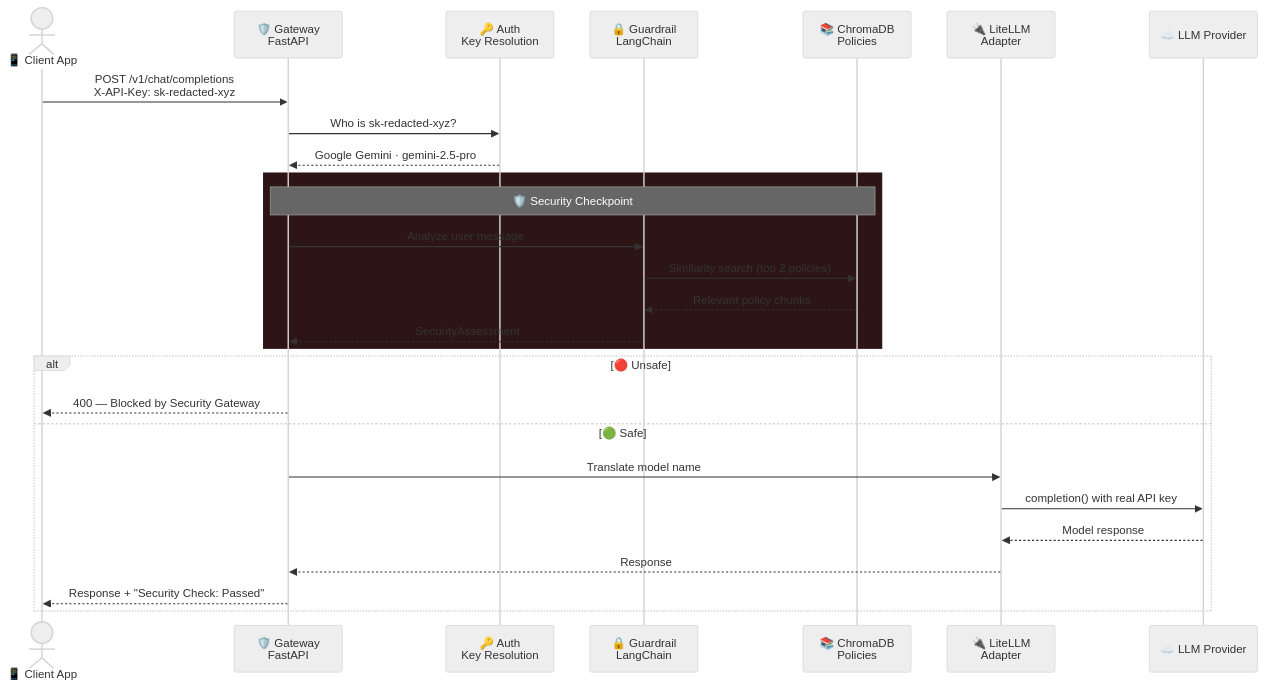
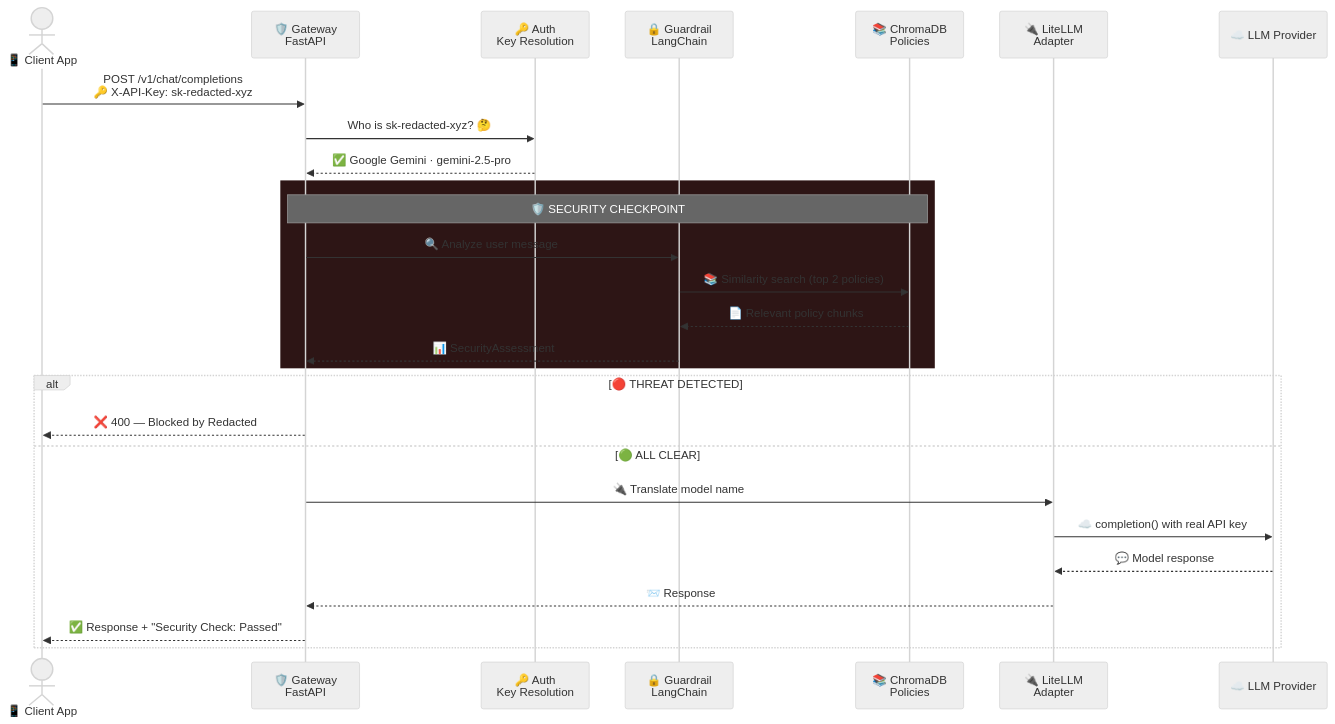
The third of 6 diagrams in README.md (lidorpahima/Redacted), drawn with Mermaid (neutral theme) before and after one commit. The commit also changed other lines of this file, not shown here.

````diff
--- a/README.md
+++ b/README.md
@@ -103,32 +151,32 @@
 ```mermaid
 sequenceDiagram
     actor Client as 📱 Client App
     participant GW as 🛡️ Gateway<br/>FastAPI
     participant Auth as 🔑 Auth<br/>Key Resolution
     participant Guard as 🔒 Guardrail<br/>LangChain
     participant Chroma as 📚 ChromaDB<br/>Policies
     participant Adapt as 🔌 LiteLLM<br/>Adapter
     participant LLM as ☁️ LLM Provider
 
-    Client->>GW: POST /v1/chat/completions<br/>X-API-Key: sk-redacted-xyz
-    GW->>Auth: Who is sk-redacted-xyz?
-    Auth-->>GW: Google Gemini · gemini-2.5-pro
+    Client->>GW: POST /v1/chat/completions<br/>🔑 X-API-Key: sk-redacted-xyz
+    GW->>Auth: Who is sk-redacted-xyz? 🤔
+    Auth-->>GW: ✅ Google Gemini · gemini-2.5-pro
 
     rect rgb(45, 21, 21)
-        Note over GW,Chroma: 🛡️ Security Checkpoint
-        GW->>Guard: Analyze user message
-        Guard->>Chroma: Similarity search (top 2 policies)
-        Chroma-->>Guard: Relevant policy chunks
-        Guard-->>GW: SecurityAssessment
+        Note over GW,Chroma: 🛡️ SECURITY CHECKPOINT
+        GW->>Guard: 🔍 Analyze user message
+        Guard->>Chroma: 📚 Similarity search (top 2 policies)
+        Chroma-->>Guard: 📄 Relevant policy chunks
+        Guard-->>GW: 📊 SecurityAssessment
     end
 
-    alt 🔴 Unsafe
-        GW-->>Client: 400 — Blocked by Security Gateway
-    else 🟢 Safe
-        GW->>Adapt: Translate model name
-        Adapt->>LLM: completion() with real API key
-        LLM-->>Adapt: Model response
-        Adapt-->>GW: Response
-        GW-->>Client: Response + "Security Check: Passed"
+    alt 🔴 THREAT DETECTED
+        GW-->>Client: ❌ 400 — Blocked by Redacted
+    else 🟢 ALL CLEAR
+        GW->>Adapt: 🔌 Translate model name
+        Adapt->>LLM: ☁️ completion() with real API key
+        LLM-->>Adapt: 💬 Model response
+        Adapt-->>GW: 📨 Response
+        GW-->>Client: ✅ Response + "Security Check: Passed"
     end
 ```
````
